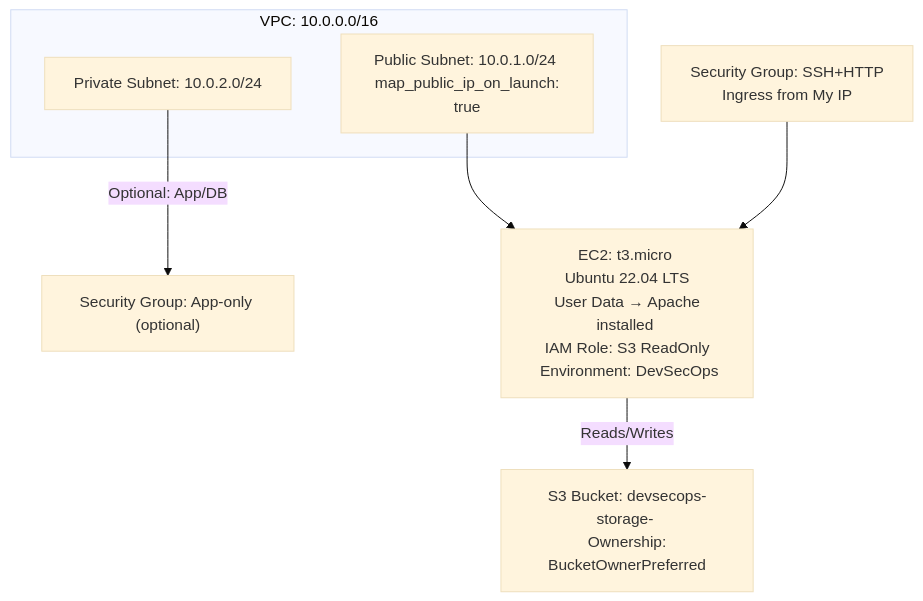
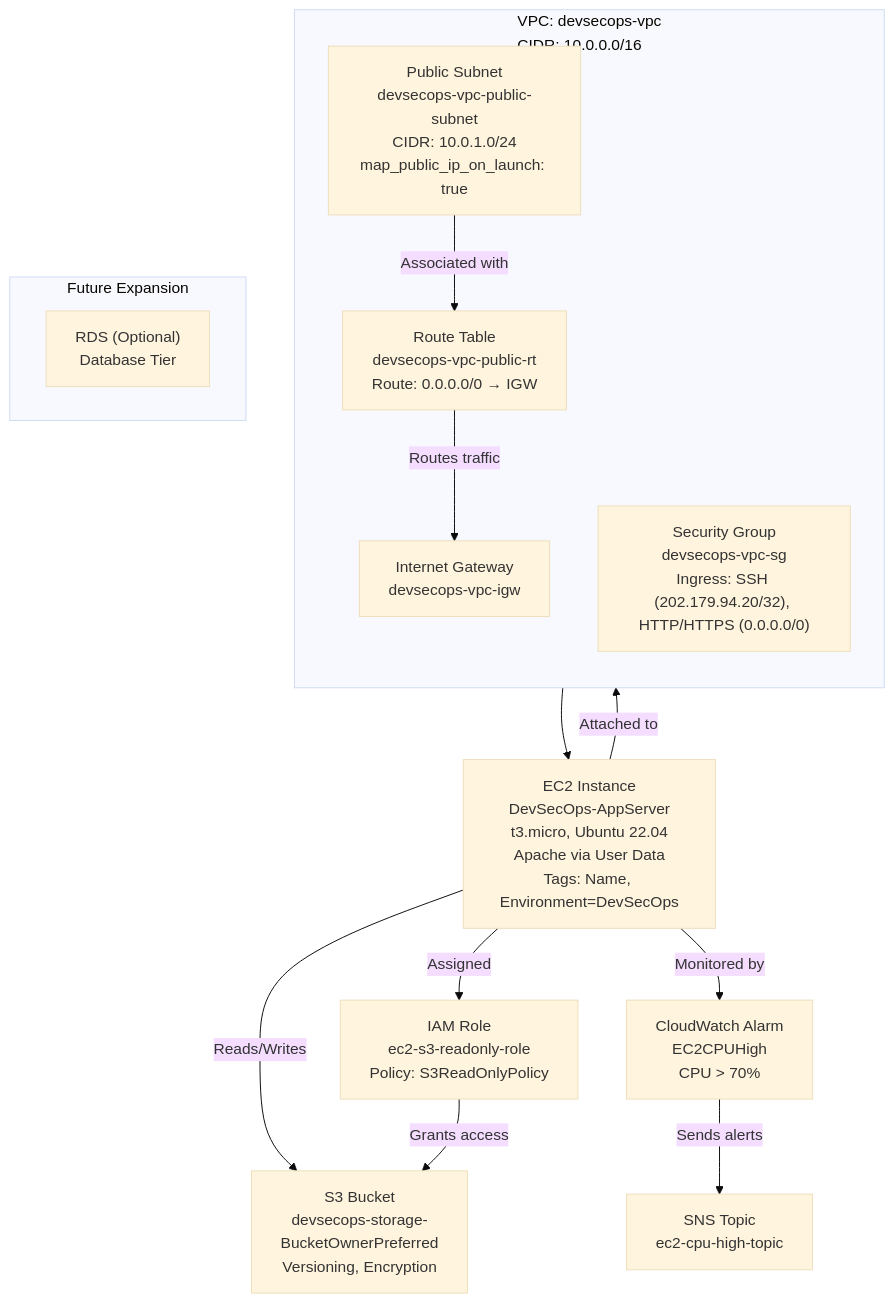
The diagram in README.md (MaheshShukla1/aws-devsecops-infra), drawn with Mermaid (base theme) before and after one commit. The commit also changed other lines of this file, not shown here.

Commit message:
"Update README with professional Mermaid architecture diagram for AWS DevSecOps project"

````diff
--- a/README.md
+++ b/README.md
@@ -40,24 +42,40 @@
 ```mermaid
-flowchart TD
-    %% VPC & Subnets
-    subgraph VPC["VPC: 10.0.0.0/16"]
-        pub_subnet[Public Subnet: 10.0.1.0/24 \n map_public_ip_on_launch: true]
-        priv_subnet[Private Subnet: 10.0.2.0/24]
+graph TD
+    %% VPC and Networking
+    subgraph VPC["VPC: devsecops-vpc<br>CIDR: 10.0.0.0/16"]
+        direction TB
+        PubSubnet["Public Subnet<br>devsecops-vpc-public-subnet<br>CIDR: 10.0.1.0/24<br>map_public_ip_on_launch: true"]
+        IGW["Internet Gateway<br>devsecops-vpc-igw"]
+        RouteTable["Route Table<br>devsecops-vpc-public-rt<br>Route: 0.0.0.0/0 → IGW"]
+        SG["Security Group<br>devsecops-vpc-sg<br>Ingress: SSH (202.179.94.20/32), HTTP/HTTPS (0.0.0.0/0)"]
     end
 
-    %% Security Groups
-    SGWeb["Security Group: SSH+HTTP \n Ingress from My IP"]
-    SGApp["Security Group: App-only (optional)"]
-
-    %% EC2 Instances
-    EC2App["EC2: t3.micro \n Ubuntu 22.04 LTS \n User Data → Apache installed \n IAM Role: S3 ReadOnly \n Environment: DevSecOps"]
+    %% EC2 Instance
+    EC2["EC2 Instance<br>DevSecOps-AppServer<br>t3.micro, Ubuntu 22.04<br>Apache via User Data<br>Tags: Name, Environment=DevSecOps"]
 
     %% S3 Bucket
-    S3["S3 Bucket: devsecops-storage-<id> \n Ownership: BucketOwnerPreferred"]
+    S3["S3 Bucket<br>devsecops-storage-<random_id><br>BucketOwnerPreferred<br>Versioning, Encryption"]
+
+    %% IAM
+    IAMRole["IAM Role<br>ec2-s3-readonly-role<br>Policy: S3ReadOnlyPolicy"]
+
+    %% CloudWatch and SNS
+    CloudWatch["CloudWatch Alarm<br>EC2CPUHigh<br>CPU > 70%"]
+    SNS["SNS Topic<br>ec2-cpu-high-topic"]
 
     %% Connections
-    pub_subnet --> EC2App
-    EC2App -->|Reads/Writes| S3
-    SGWeb --> EC2App
-    priv_subnet -->|Optional: App/DB| SGApp
+    PubSubnet --> EC2
+    EC2 -->|Attached to| SG
+    RouteTable -->|Routes traffic| IGW
+    PubSubnet -->|Associated with| RouteTable
+    EC2 -->|Reads/Writes| S3
+    EC2 -->|Assigned| IAMRole
+    IAMRole -->|Grants access| S3
+    EC2 -->|Monitored by| CloudWatch
+    CloudWatch -->|Sends alerts| SNS
+
+    %% Optional Future Components
+    subgraph Future["Future Expansion"]
+        RDS["RDS (Optional)<br>Database Tier"]
+    end
 ```
````
